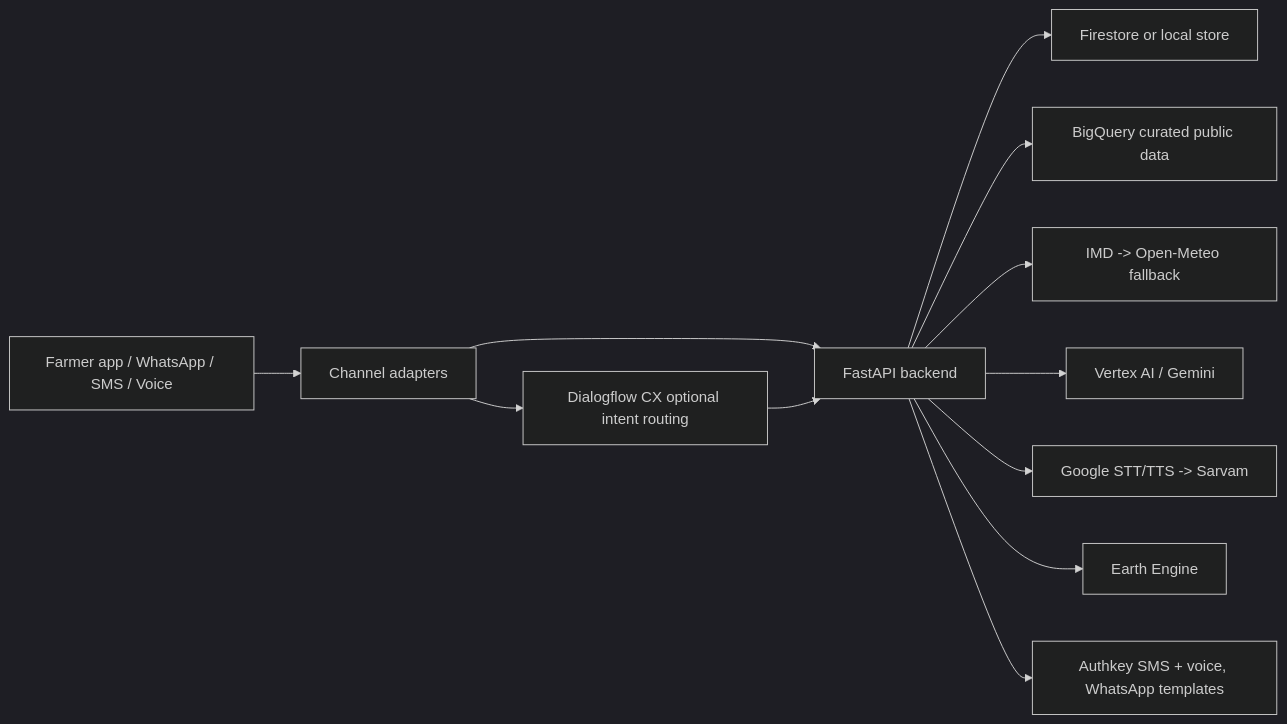
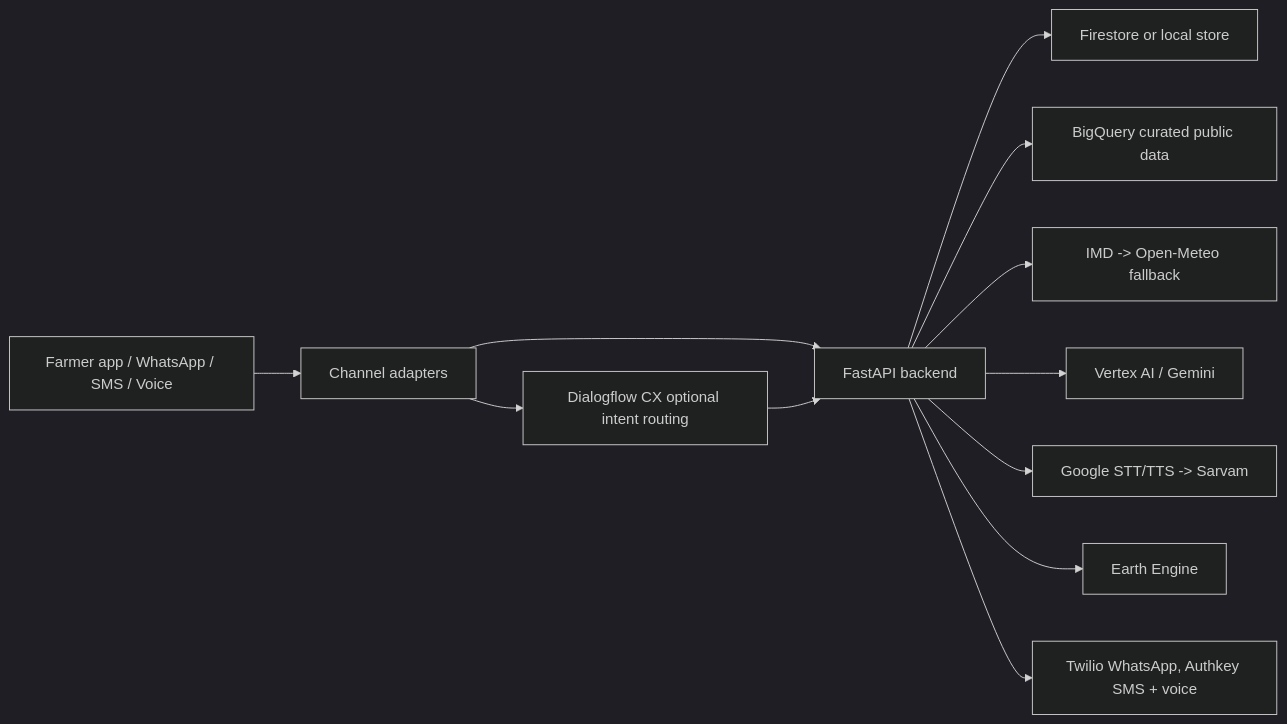
The first of 2 diagrams in README.md (vaibhavdes/kisanAI), drawn with Mermaid (dark theme) before and after one commit. The commit also changed other lines of this file and 15 other files, not shown here.

Commit message:
fix: enforce twilio whatsapp and authkey sms voice

````diff
--- a/README.md
+++ b/README.md
@@ -47,14 +47,14 @@
 ```mermaid
 flowchart LR
   Farmer["Farmer app / WhatsApp / SMS / Voice"] --> Channels["Channel adapters"]
   Channels --> Backend["FastAPI backend"]
   Channels --> Dialogflow["Dialogflow CX optional intent routing"]
   Dialogflow --> Backend
   Backend --> Store["Firestore or local store"]
   Backend --> BigQuery["BigQuery curated public data"]
   Backend --> Weather["IMD -> Open-Meteo fallback"]
   Backend --> AI["Vertex AI / Gemini"]
   Backend --> Voice["Google STT/TTS -> Sarvam"]
   Backend --> Satellite["Earth Engine"]
-  Backend --> Alerts["Authkey SMS + voice, WhatsApp templates"]
+  Backend --> Alerts["Twilio WhatsApp, Authkey SMS + voice"]
 ```
````
